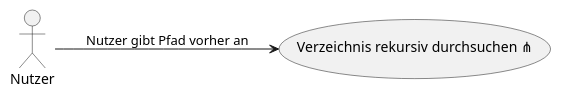
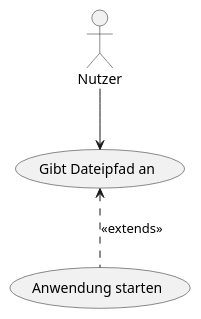
Before and after one commit to SoftwareEngineeringOne/wiki: the ninth of 20 diagrams in wiki/topics/Inkremente/00/Anforderungsanalyse.md, drawn with PlantUML. The commit also changed other lines of this file, not shown here.

````diff
--- a/wiki/topics/Inkremente/00/Anforderungsanalyse.md
+++ b/wiki/topics/Inkremente/00/Anforderungsanalyse.md
@@ -276,9 +335,9 @@
 ```plantuml
+left to right direction
 @startuml
-left to right direction
+"Gibt Dateipfad an" as (Use)
+:Nutzer: --> (Use)
 
-"Verzeichnis rekursiv durchsuchen ⋔" as (Use)
-:Nutzer: --> (Use): Nutzer gibt Pfad vorher an
-
+(Anwendung starten) .up.> (Use): <<extends>>
 @enduml
 ```
````
